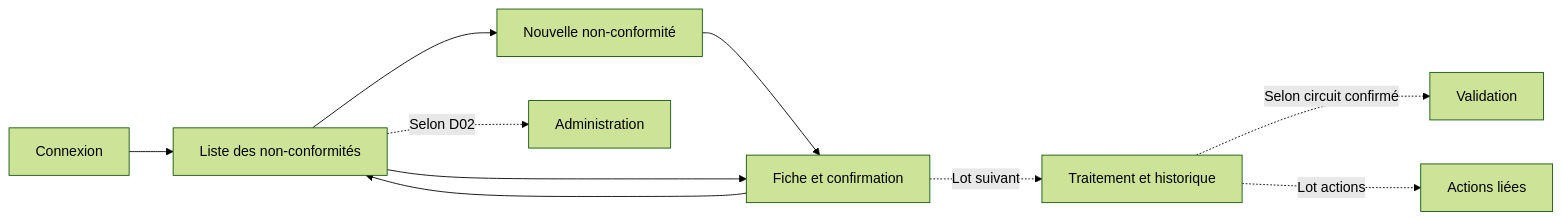
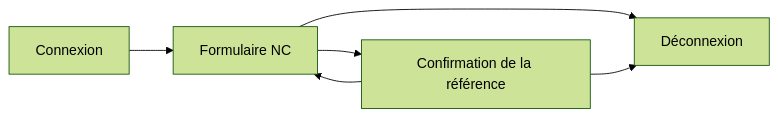
The diagram in docs/conception/04-ecrans-donnees.md (aymanelhamri/anrt-non-conformity-management), drawn with Mermaid (forest theme) before and after one commit. The commit also changed other lines of this file and 27 other files, not shown here.

````diff
--- a/docs/conception/04-ecrans-donnees.md
+++ b/docs/conception/04-ecrans-donnees.md
@@ -11,12 +5,8 @@
 ```mermaid
 flowchart LR
-    A[Connexion] --> B[Liste des non-conformités]
-    B --> C[Nouvelle non-conformité]
-    C --> D[Fiche et confirmation]
-    B --> D
-    D --> B
-    D -. Lot suivant .-> E[Traitement et historique]
-    E -. Selon circuit confirmé .-> F[Validation]
-    B -. Selon D02 .-> G[Administration]
-    E -. Lot actions .-> H[Actions liées]
+    A[Connexion] --> B[Formulaire NC]
+    B --> C[Confirmation de la référence]
+    C --> B
+    B --> D[Déconnexion]
+    C --> D
 ```
````
